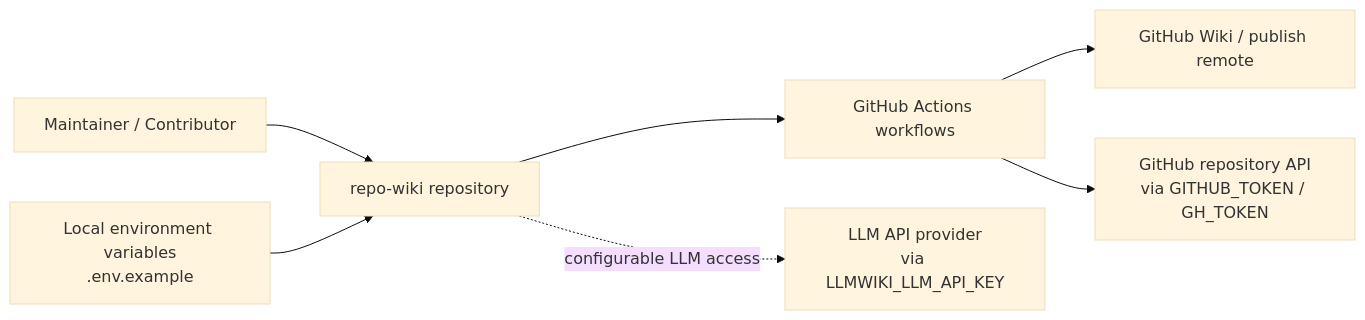
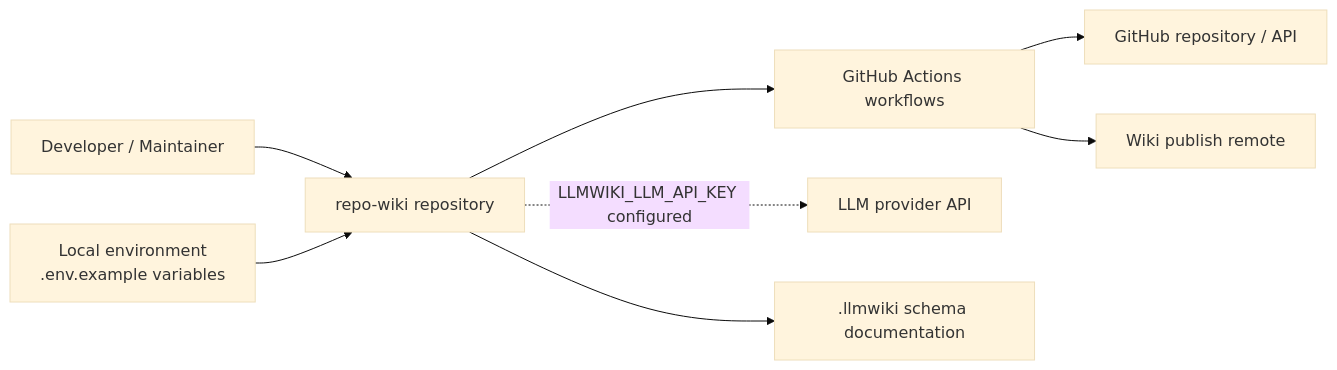
One commit to mfittko/repo-wiki changed the first of 3 diagrams in Architecture.md. Above: the diagram before and after it, drawn with Mermaid (base theme). The commit also changed other lines of this file and 43 other files, not shown here.

Commit message:
Compile repository wiki 2026-05-15T10:40:36.235Z

````diff
--- a/Architecture.md
+++ b/Architecture.md
@@ -46,17 +46,19 @@
 ```mermaid
 flowchart LR
-    Maintainer["Maintainer / Contributor"]
-    Repo["repo-wiki repository"]
-    Env["Local environment variables<br/>.env.example"]
-    Actions["GitHub Actions workflows"]
-    Wiki["GitHub Wiki / publish remote"]
-    LLM["LLM API provider<br/>via LLMWIKI_LLM_API_KEY"]
-    GitHub["GitHub repository API<br/>via GITHUB_TOKEN / GH_TOKEN"]
+  User["Developer / Maintainer"]
+  Repo["repo-wiki repository"]
+  Env["Local environment\n.env.example variables"]
+  CI["GitHub Actions workflows"]
+  GitHub["GitHub repository / API"]
+  WikiRemote["Wiki publish remote"]
+  LLM["LLM provider API"]
+  Schema[".llmwiki schema documentation"]
 
-    Maintainer --> Repo
-    Env --> Repo
-    Repo --> Actions
-    Actions --> Wiki
-    Actions --> GitHub
-    Repo -. configurable LLM access .-> LLM
+  User --> Repo
+  Env --> Repo
+  Repo --> CI
+  CI --> GitHub
+  CI --> WikiRemote
+  Repo --> Schema
+  Repo -. "LLMWIKI_LLM_API_KEY configured" .-> LLM
 ```
````
